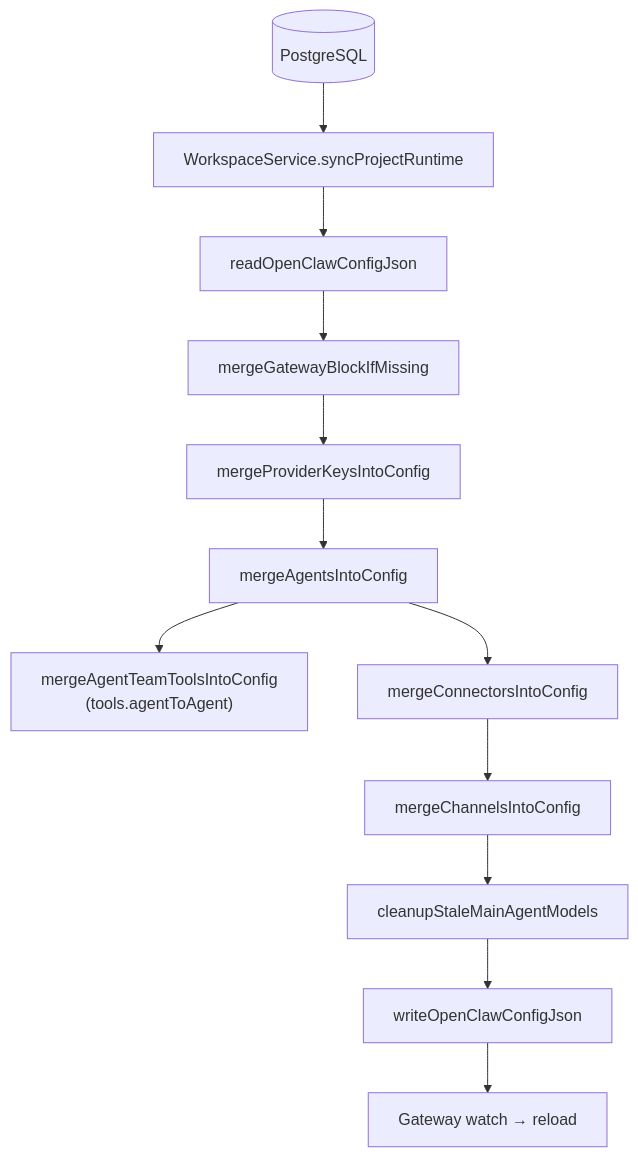
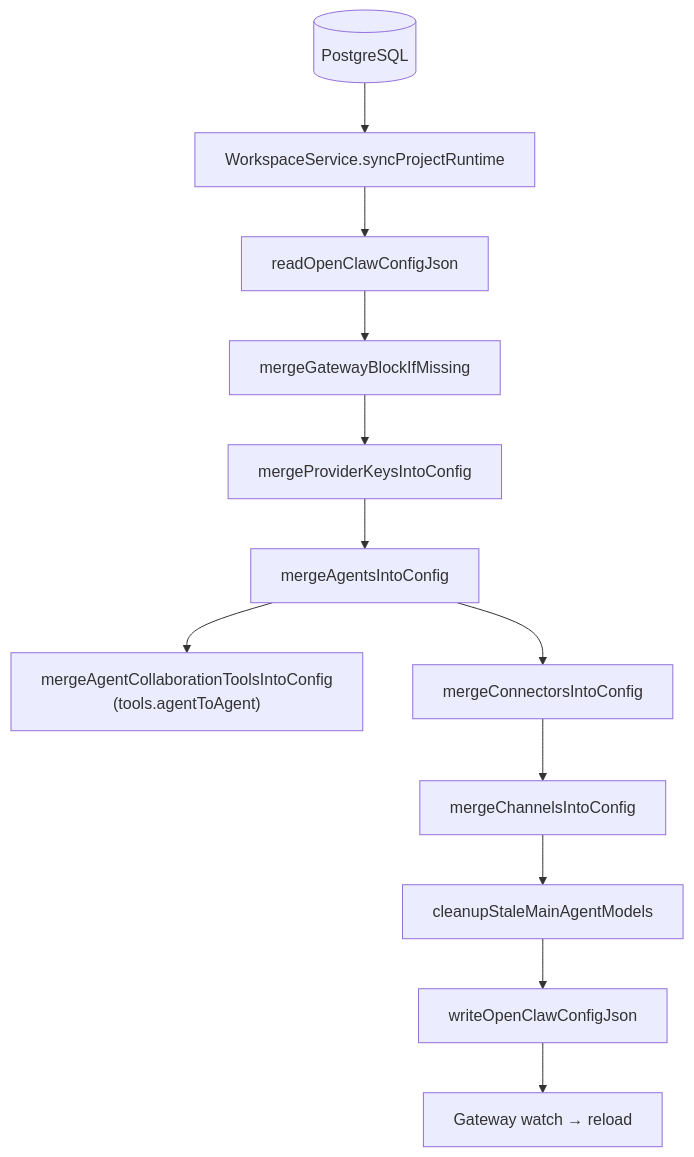
One commit to mankhb2k/claw-dashboard changed the tenth of 14 diagrams in workflow.md. Above: the diagram before and after it, drawn with Mermaid. The commit also changed other lines of this file and 52 other files, not shown here.

````diff
--- a/workflow.md
+++ b/workflow.md
@@ -402,14 +402,14 @@
 ```mermaid
 flowchart TD
   DB[(PostgreSQL)] --> SVC["WorkspaceService.syncProjectRuntime"]
   SVC --> R["readOpenClawConfigJson"]
   R --> G["mergeGatewayBlockIfMissing"]
   G --> P["mergeProviderKeysIntoConfig"]
   P --> A["mergeAgentsIntoConfig"]
-  A --> T["mergeAgentTeamToolsIntoConfig\n(tools.agentToAgent)"]
+  A --> T["mergeAgentCollaborationToolsIntoConfig\n(tools.agentToAgent)"]
   A --> C["mergeConnectorsIntoConfig"]
   C --> CH["mergeChannelsIntoConfig"]
   CH --> CL["cleanupStaleMainAgentModels"]
   CL --> W["writeOpenClawConfigJson"]
   W --> GW["Gateway watch → reload"]
 ```
````
